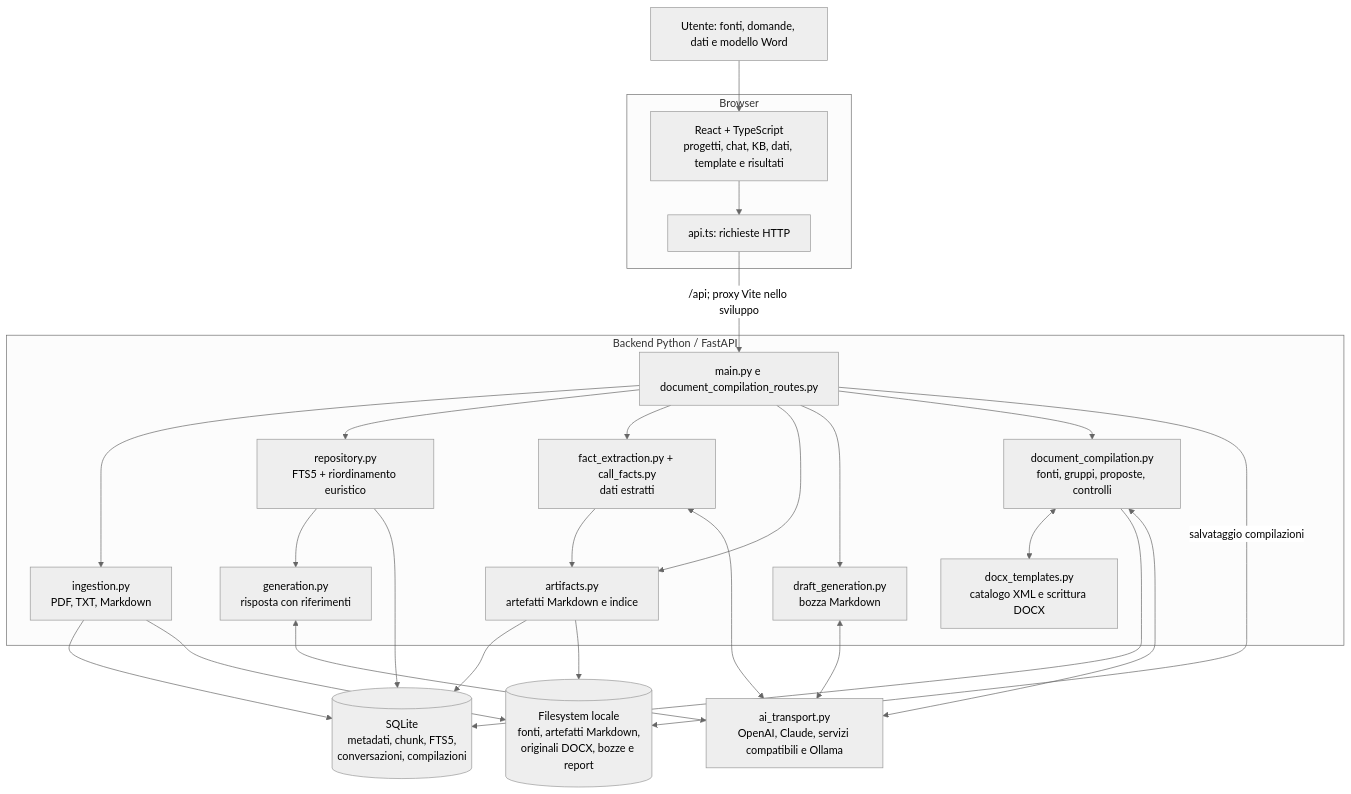
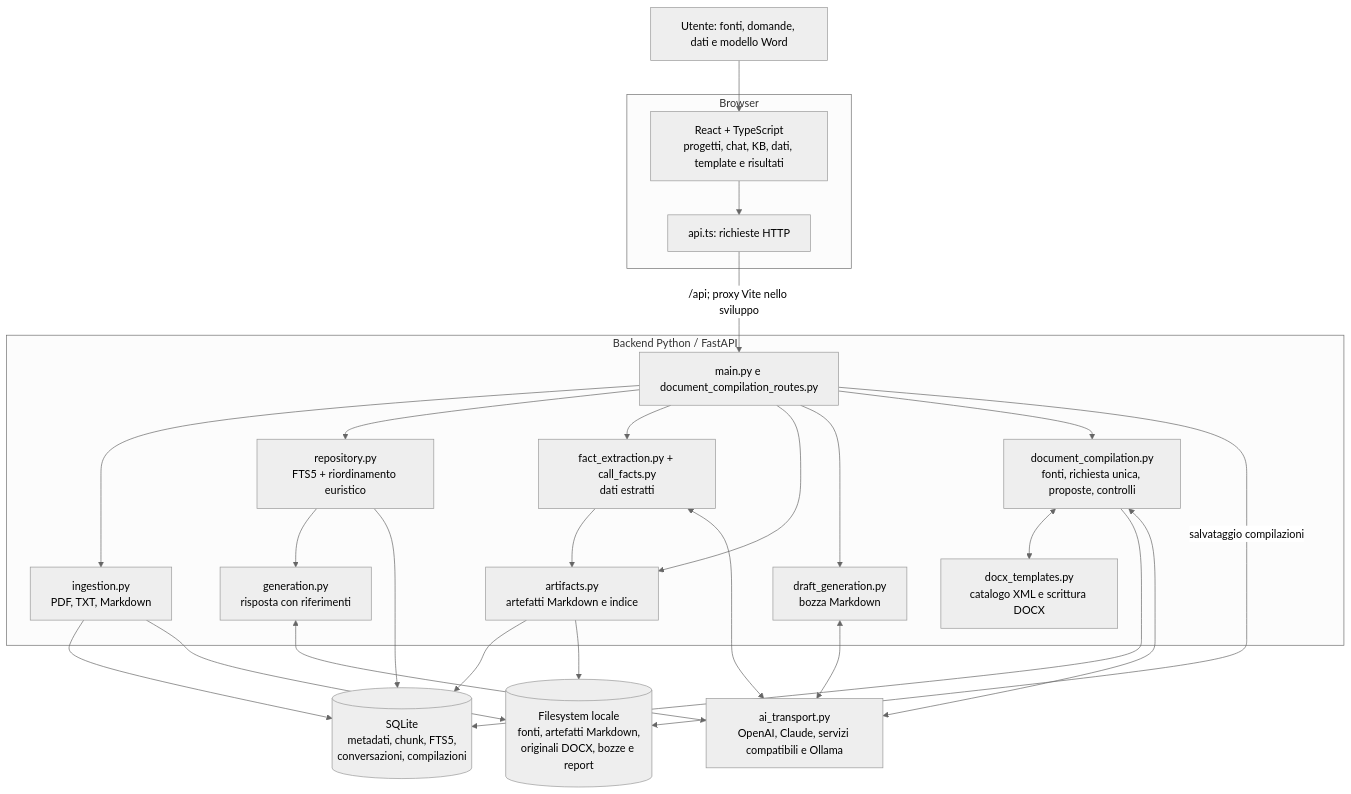
One commit to MontesanoDev/Tesi changed the first of 5 diagrams in architettura.md. Above: the diagram before and after it, drawn with Mermaid (neutral theme). The commit also changed other lines of this file and 9 other files, not shown here.

````diff
--- a/architettura.md
+++ b/architettura.md
@@ -29,44 +29,44 @@
 ```mermaid
 flowchart TB
     U["Utente: fonti, domande, dati e modello Word"] --> UI
     subgraph Browser["Browser"]
         UI["React + TypeScript<br/>progetti, chat, KB, dati, template e risultati"]
         CLIENT["api.ts: richieste HTTP"]
         UI --> CLIENT
     end
     CLIENT -->|"/api; proxy Vite nello sviluppo"| API
     subgraph Backend["Backend Python / FastAPI"]
         API["main.py e document_compilation_routes.py"]
         ING["ingestion.py<br/>PDF, TXT, Markdown"]
         RET["repository.py<br/>FTS5 + riordinamento euristico"]
         FACT["fact_extraction.py + call_facts.py<br/>dati estratti"]
         ART["artifacts.py<br/>artefatti Markdown e indice"]
         CHAT["generation.py<br/>risposta con riferimenti"]
         MD["draft_generation.py<br/>bozza Markdown"]
-        COMP["document_compilation.py<br/>fonti, gruppi, proposte, controlli"]
+        COMP["document_compilation.py<br/>fonti, richiesta unica, proposte, controlli"]
         WORD["docx_templates.py<br/>catalogo XML e scrittura DOCX"]
         API --> ING
         API --> RET
         API --> FACT
         API --> ART
         API --> MD
         API --> COMP
         RET --> CHAT
         COMP <--> WORD
         FACT --> ART
     end
     DB[("SQLite<br/>metadati, chunk, FTS5,<br/>conversazioni, compilazioni")]
     FS[("Filesystem locale<br/>fonti, artefatti Markdown,<br/>originali DOCX, bozze e report")]
     LLM["ai_transport.py<br/>OpenAI, Claude, servizi compatibili e Ollama"]
     ING --> DB
     ING --> FS
     RET --> DB
     ART --> DB
     ART --> FS
     COMP --> DB
     API -->|"salvataggio compilazioni"| FS
     CHAT <--> LLM
     FACT <--> LLM
     MD <--> LLM
     COMP <--> LLM
 ```
````
